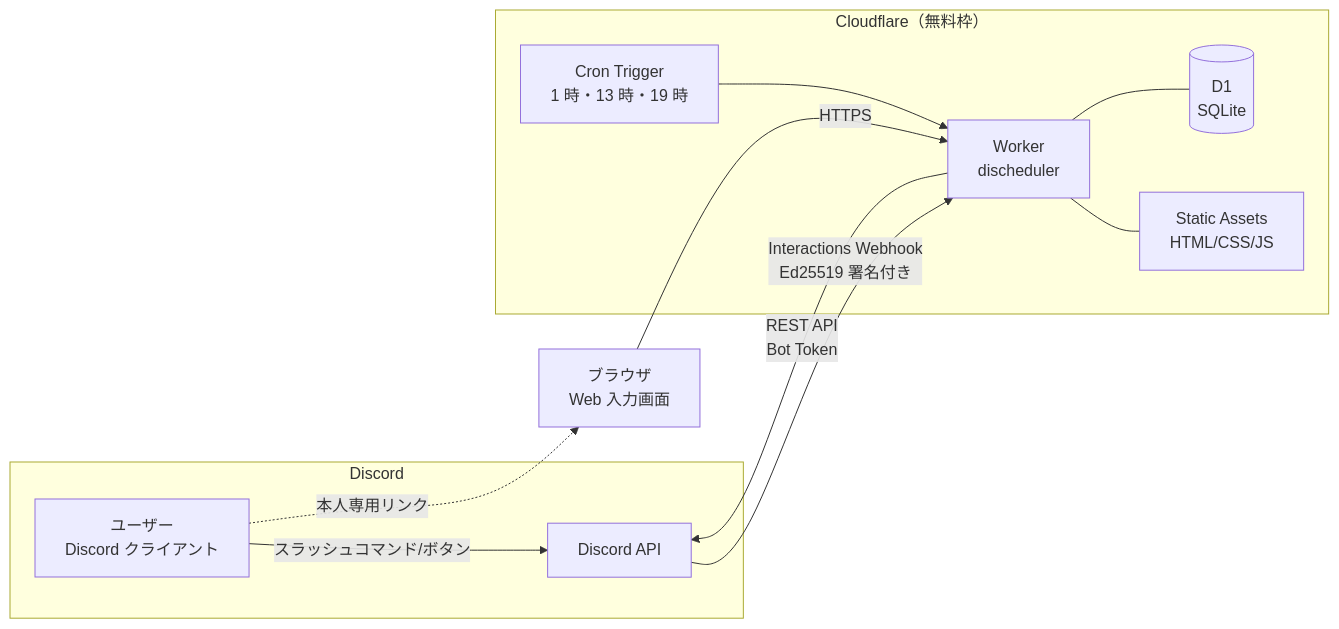
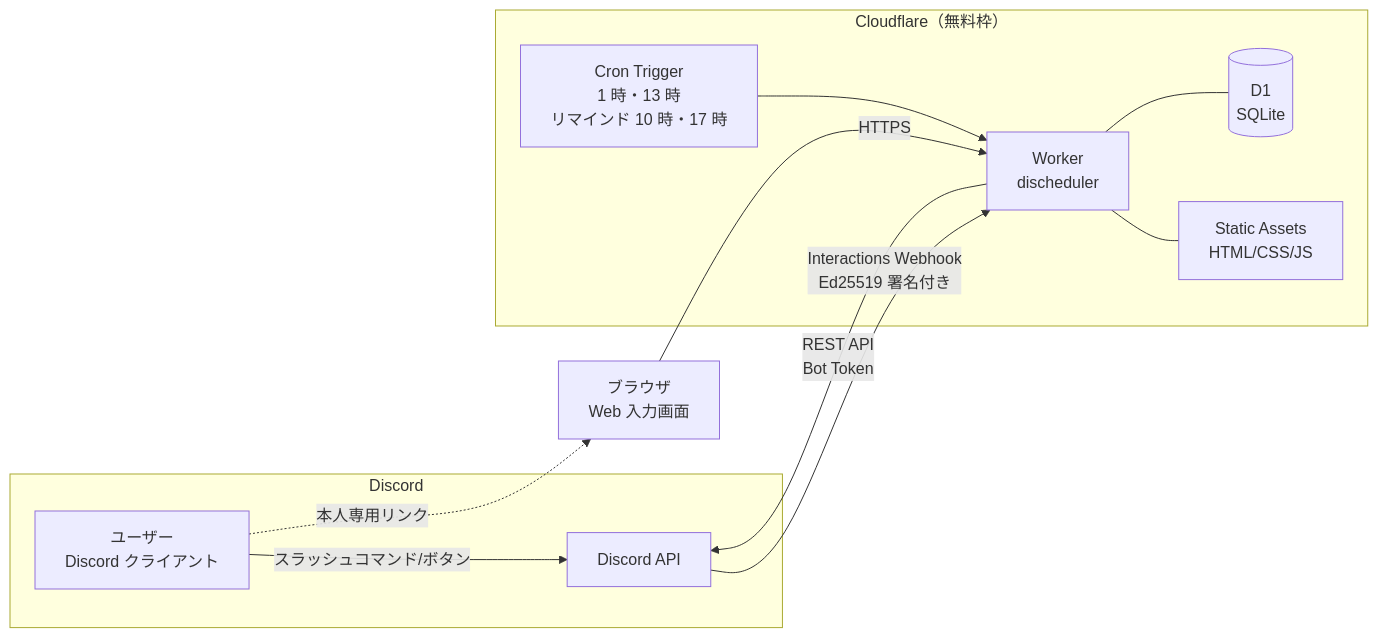
One commit to etlit-r/DIscheduler changed the first of 5 diagrams in docs/design.md. Above: the diagram before and after it, drawn with Mermaid. The commit also changed other lines of this file and 7 other files, not shown here.

````diff
--- a/docs/design.md
+++ b/docs/design.md
@@ -54,25 +54,25 @@
 ```mermaid
 flowchart LR
   subgraph Discord
     U[ユーザー<br/>Discord クライアント]
     DAPI[Discord API]
   end
 
   subgraph Cloudflare["Cloudflare（無料枠）"]
     W[Worker<br/>discheduler]
     SA[Static Assets<br/>HTML/CSS/JS]
     D1[(D1<br/>SQLite)]
-    CRON[Cron Trigger<br/>1 時・13 時・19 時]
+    CRON[Cron Trigger<br/>1 時・13 時<br/>リマインド 10 時・17 時]
   end
 
   B[ブラウザ<br/>Web 入力画面]
 
   U -- スラッシュコマンド/ボタン --> DAPI
   DAPI -- Interactions Webhook<br/>Ed25519 署名付き --> W
   W -- REST API<br/>Bot Token --> DAPI
   U -. 本人専用リンク .-> B
   B -- HTTPS --> W
   W --- SA
   W --- D1
   CRON --> W
 ```
````
